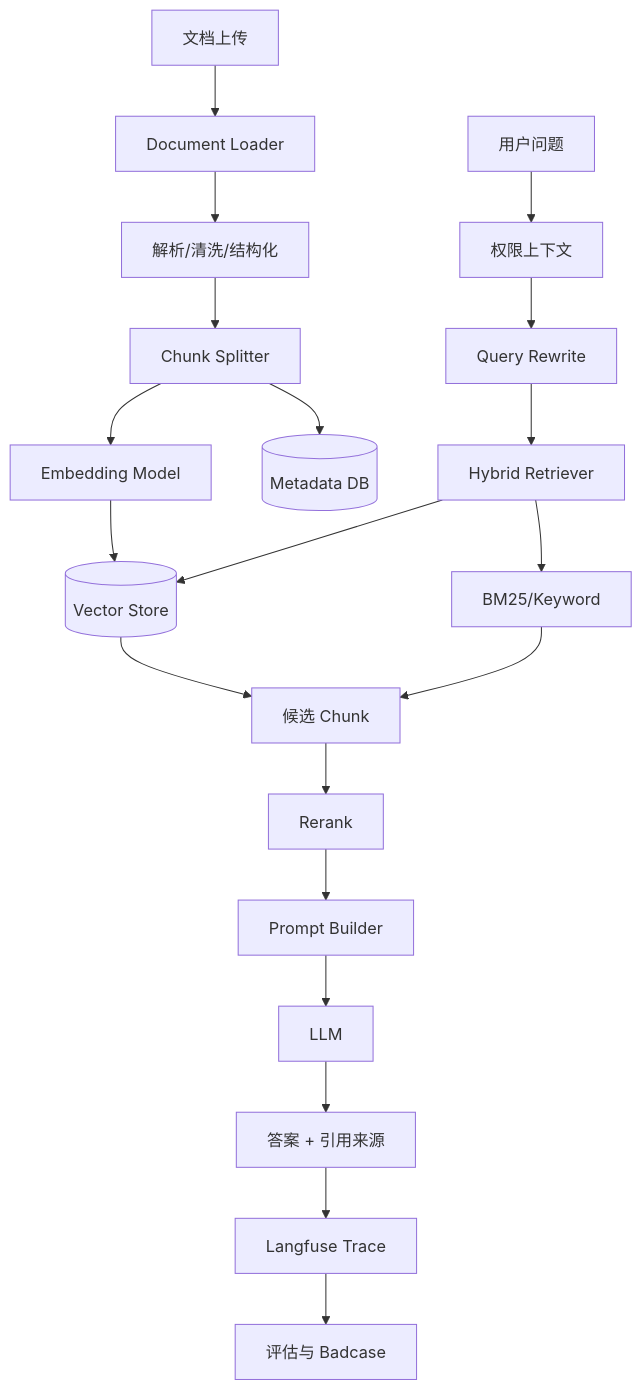
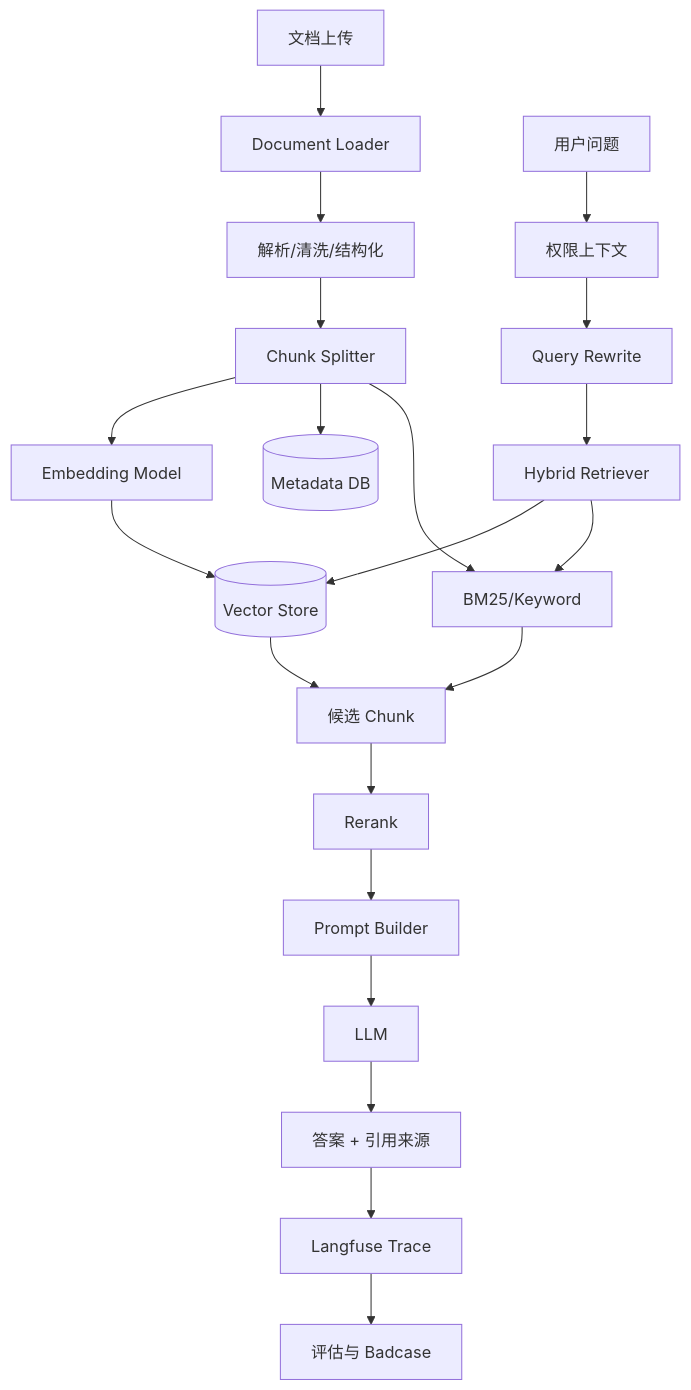
The first of 3 diagrams in 10-AI应用开发/08-项目实战/03-项目-企业知识库RAG系统.md (GuoWWWX/knowledge-base), drawn with Mermaid before and after one commit. The commit also changed other lines of this file and 368 other files, not shown here.

````diff
--- a/10-AI应用开发/08-项目实战/03-项目-企业知识库RAG系统.md
+++ b/10-AI应用开发/08-项目实战/03-项目-企业知识库RAG系统.md
@@ -53,22 +52,23 @@
 ```mermaid
 flowchart TD
     A[文档上传] --> B[Document Loader]
     B --> C[解析/清洗/结构化]
     C --> D[Chunk Splitter]
     D --> E[Embedding Model]
     E --> F[(Vector Store)]
     D --> G[(Metadata DB)]
+    D --> L
     H[用户问题] --> I[权限上下文]
     I --> J[Query Rewrite]
     J --> K[Hybrid Retriever]
     K --> F
     K --> L[BM25/Keyword]
     F --> M[候选 Chunk]
     L --> M
     M --> N[Rerank]
     N --> O[Prompt Builder]
     O --> P[LLM]
     P --> Q[答案 + 引用来源]
     Q --> R[Langfuse Trace]
     R --> S[评估与 Badcase]
 ```
````
